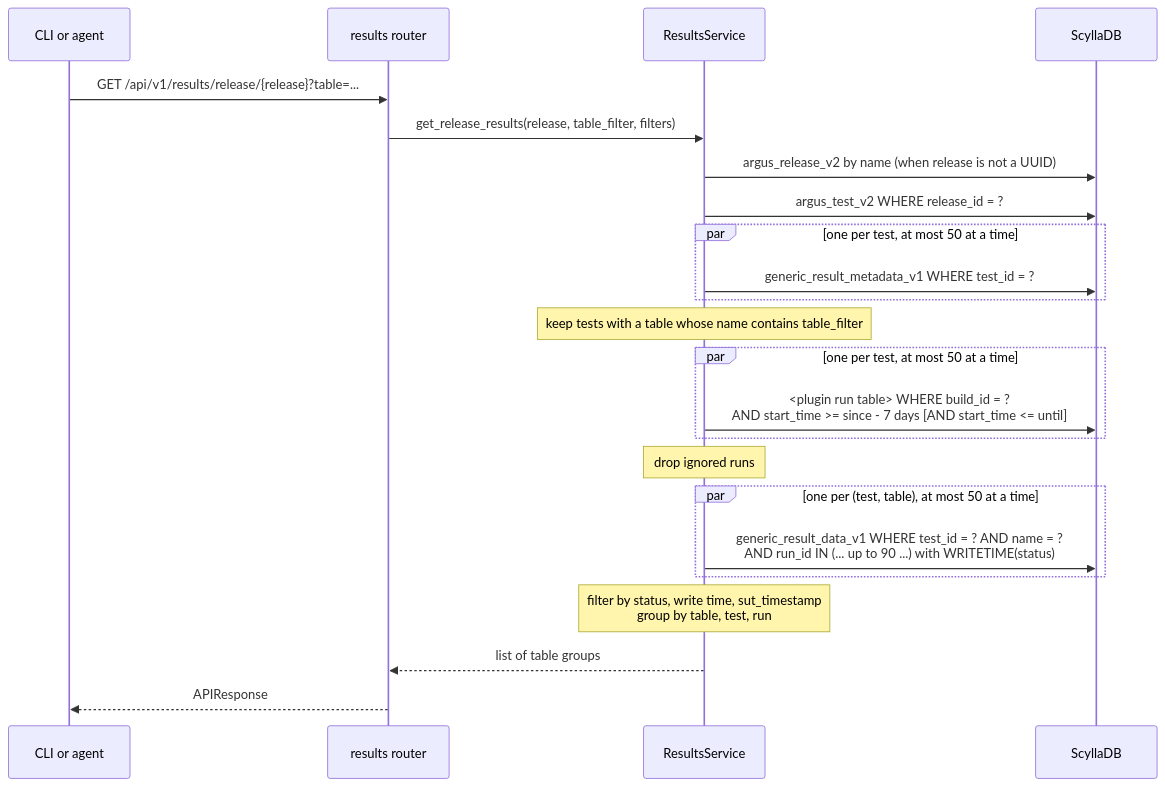
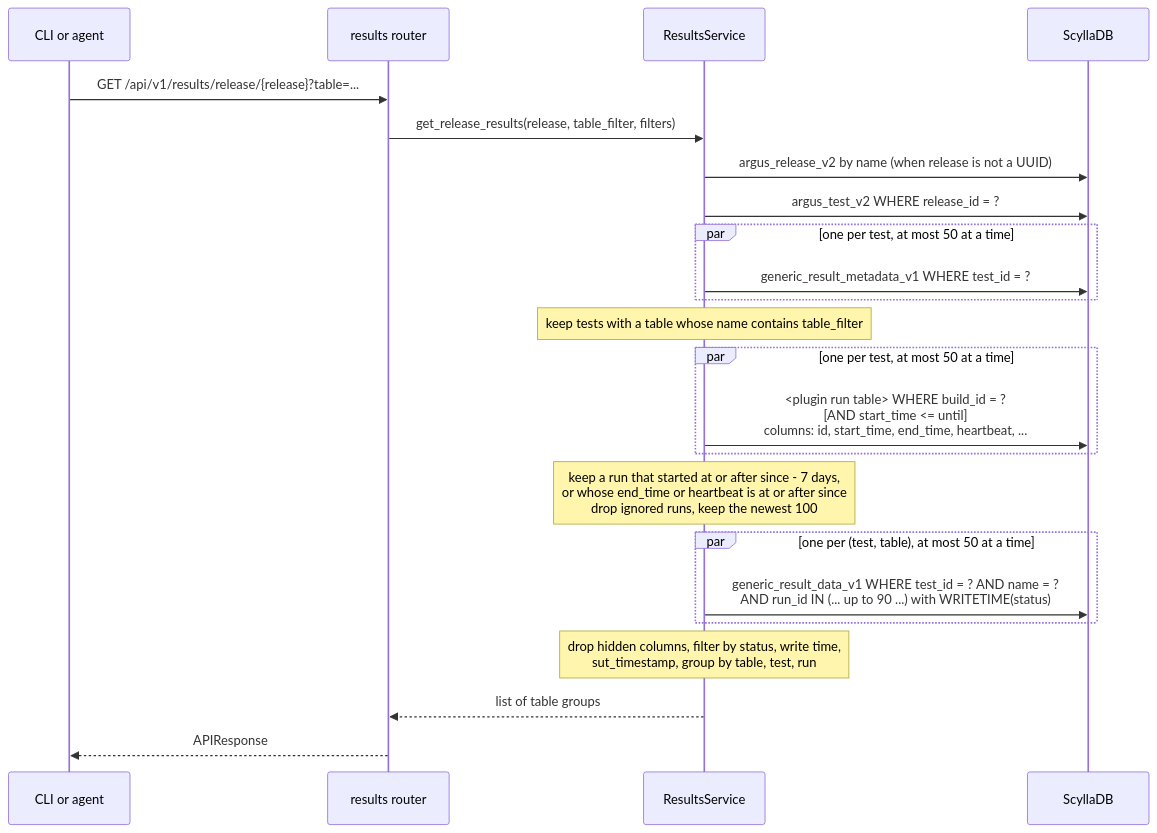
Before and after one commit to scylladb/argus: the diagram in tasks/ARGUS-176/spec.md, drawn with Mermaid. The commit also changed other lines of this file and 14 other files, not shown here.

First line of the commit message:
fix(results): bound the release read and keep long runs in the window

````diff
--- a/tasks/ARGUS-176/spec.md
+++ b/tasks/ARGUS-176/spec.md
@@ -46,25 +47,25 @@
 ```mermaid
 sequenceDiagram
     participant C as CLI or agent
     participant R as results router
     participant S as ResultsService
     participant DB as ScyllaDB
     C->>R: GET /api/v1/results/release/{release}?table=...
     R->>S: get_release_results(release, table_filter, filters)
     S->>DB: argus_release_v2 by name (when release is not a UUID)
     S->>DB: argus_test_v2 WHERE release_id = ?
     par one per test, at most 50 at a time
         S->>DB: generic_result_metadata_v1 WHERE test_id = ?
     end
     Note over S: keep tests with a table whose name contains table_filter
     par one per test, at most 50 at a time
-        S->>DB: <plugin run table> WHERE build_id = ?<br/>AND start_time >= since - 7 days [AND start_time <= until]
+        S->>DB: <plugin run table> WHERE build_id = ?<br/>[AND start_time <= until]<br/>columns: id, start_time, end_time, heartbeat, ...
     end
-    Note over S: drop ignored runs
+    Note over S: keep a run that started at or after since - 7 days,<br/>or whose end_time or heartbeat is at or after since<br/>drop ignored runs, keep the newest 100
     par one per (test, table), at most 50 at a time
         S->>DB: generic_result_data_v1 WHERE test_id = ? AND name = ?<br/>AND run_id IN (... up to 90 ...) with WRITETIME(status)
     end
-    Note over S: filter by status, write time, sut_timestamp<br/>group by table, test, run
+    Note over S: drop hidden columns, filter by status, write time,<br/>sut_timestamp, group by table, test, run
     S-->>R: list of table groups
     R-->>C: APIResponse
 ```
````
